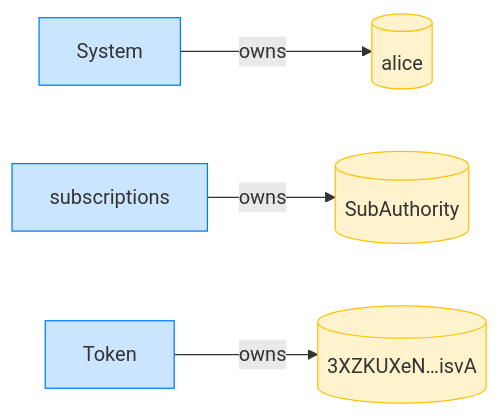
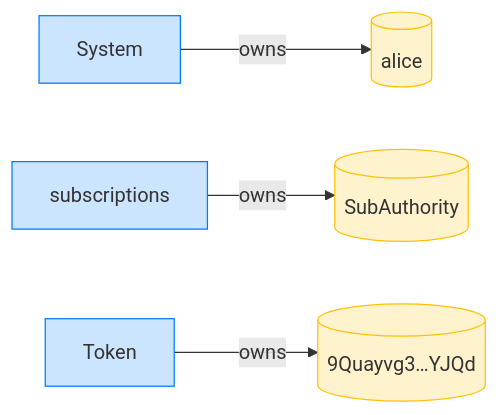
The fourth of 12 diagrams in dsl_tests/a-closed-delegation-account-is-zeroed.md (cds-rs/subscriptions), drawn with Mermaid before and after one commit. The commit also changed other lines of this file and 224 other files, not shown here.

````diff
--- a/dsl_tests/a-closed-delegation-account-is-zeroed.md
+++ b/dsl_tests/a-closed-delegation-account-is-zeroed.md
@@ -71,14 +76,14 @@
 ```mermaid
 flowchart LR
     classDef owner fill:#cce5ff,stroke:#007bff;
     classDef account fill:#fff3cd,stroke:#ffc107;
     System[System]:::owner
     alice[(alice)]:::account
     subscriptions[subscriptions]:::owner
     SubAuthority[(SubAuthority)]:::account
     Token[Token]:::owner
-    3XZKUXeN_isvA[("3XZKUXeN…isvA")]:::account
+    9Quayvg3_YJQd[("9Quayvg3…YJQd")]:::account
     System -->|owns| alice
     subscriptions -->|owns| SubAuthority
-    Token -->|owns| 3XZKUXeN_isvA
+    Token -->|owns| 9Quayvg3_YJQd
 ```
````
